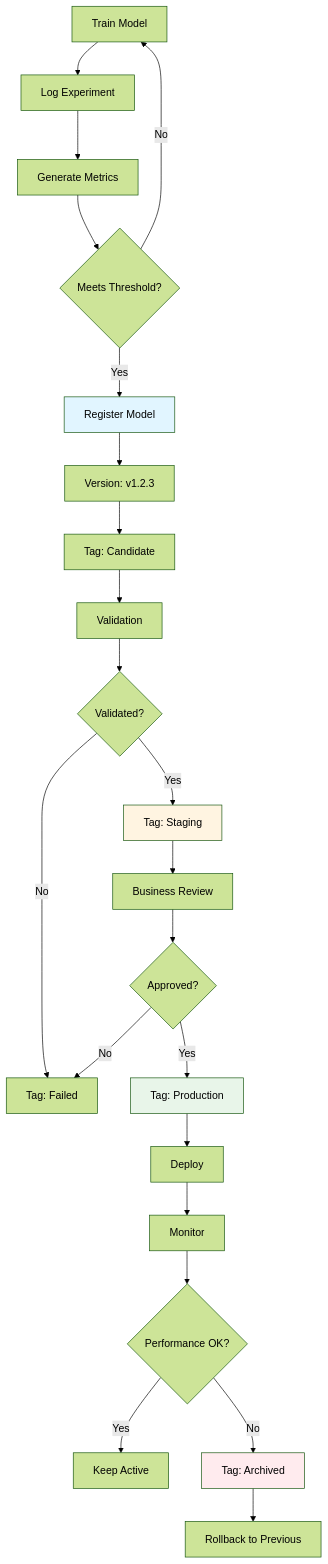
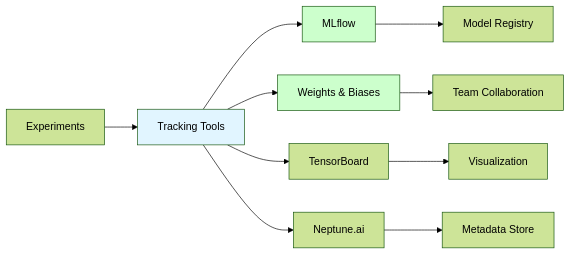
The fifth of 8 diagrams in docs/ml/mlops/index.md (nvgr-GenAI/my-learning), drawn with Mermaid (forest theme) before and after one commit. The commit also changed other lines of this file and 82 other files, not shown here.

````diff
--- a/docs/ml/mlops/index.md
+++ b/docs/ml/mlops/index.md
@@ -1858,29 +176,17 @@
 ```mermaid
-graph TD
-    A[Train Model] --> B[Log Experiment]
-    B --> C[Generate Metrics]
-    C --> D{Meets Threshold?}
-    D -->|Yes| E[Register Model]
-    D -->|No| A
-    E --> F[Version: v1.2.3]
-    F --> G[Tag: Candidate]
-    G --> H[Validation]
-    H --> I{Validated?}
-    I -->|Yes| J[Tag: Staging]
-    I -->|No| K[Tag: Failed]
-    J --> L[Business Review]
-    L --> M{Approved?}
-    M -->|Yes| N[Tag: Production]
-    M -->|No| K
-    N --> O[Deploy]
-    O --> P[Monitor]
-    P --> Q{Performance OK?}
-    Q -->|Yes| R[Keep Active]
-    Q -->|No| S[Tag: Archived]
-    S --> T[Rollback to Previous]
+graph LR
+    Exp[Experiments] --> Track[Tracking Tools]
+    Track --> MLflow[MLflow]
+    Track --> WB[Weights & Biases]
+    Track --> TB[TensorBoard]
+    Track --> Neptune[Neptune.ai]
 
-    style E fill:#e1f5ff
-    style J fill:#fff4e1
-    style N fill:#e8f5e9
-    style S fill:#ffebee
+    MLflow --> Registry[Model Registry]
+    WB --> Collab[Team Collaboration]
+    TB --> Viz[Visualization]
+    Neptune --> Meta[Metadata Store]
+
+    style Track fill:#e1f5ff
+    style MLflow fill:#ccffcc
+    style WB fill:#ccffcc
 ```
````
